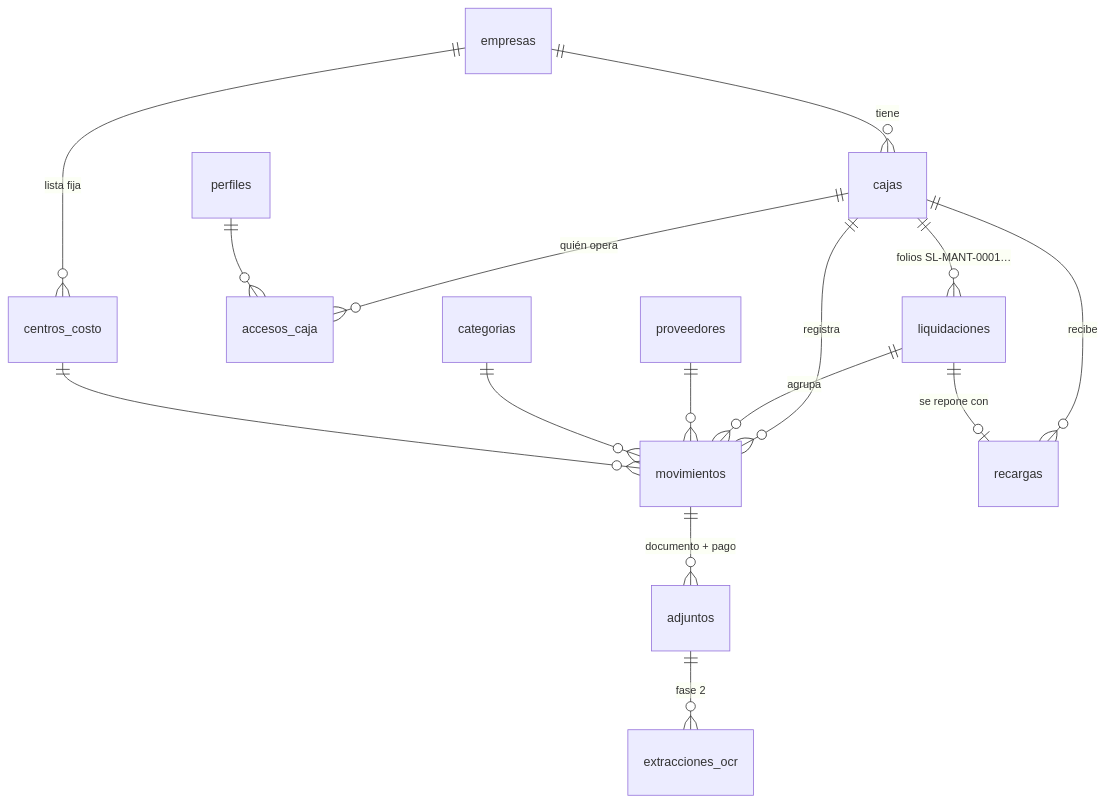
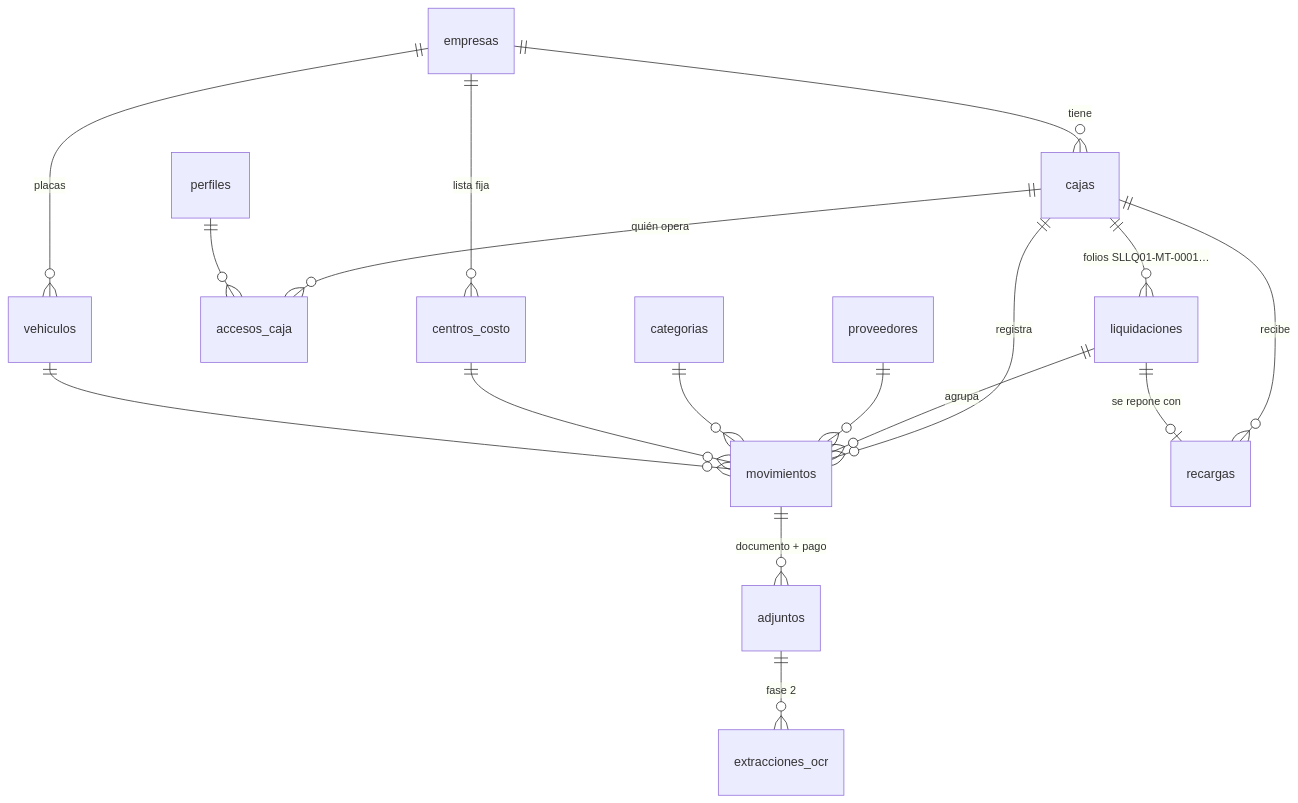
One commit to Kiolerq/factudex changed the first of 2 diagrams in docs/modelo-datos.md. Above: the diagram before and after it, drawn with Mermaid. The commit also changed other lines of this file and 5 other files, not shown here.

````diff
--- a/docs/modelo-datos.md
+++ b/docs/modelo-datos.md
@@ -9,17 +9,19 @@
 ```mermaid
 erDiagram
   empresas ||--o{ cajas : tiene
-  cajas ||--o{ liquidaciones : "folios SL-MANT-0001…"
+  cajas ||--o{ liquidaciones : "folios SLLQ01-MT-0001…"
   cajas ||--o{ movimientos : registra
   cajas ||--o{ recargas : recibe
   cajas ||--o{ accesos_caja : "quién opera"
   perfiles ||--o{ accesos_caja : ""
   liquidaciones ||--o{ movimientos : agrupa
   liquidaciones ||--o| recargas : "se repone con"
   proveedores ||--o{ movimientos : ""
   categorias ||--o{ movimientos : ""
   empresas ||--o{ centros_costo : "lista fija"
   centros_costo ||--o{ movimientos : ""
+  empresas ||--o{ vehiculos : "placas"
+  vehiculos ||--o{ movimientos : ""
   movimientos ||--o{ adjuntos : "documento + pago"
   adjuntos ||--o{ extracciones_ocr : "fase 2"
 ```
````
